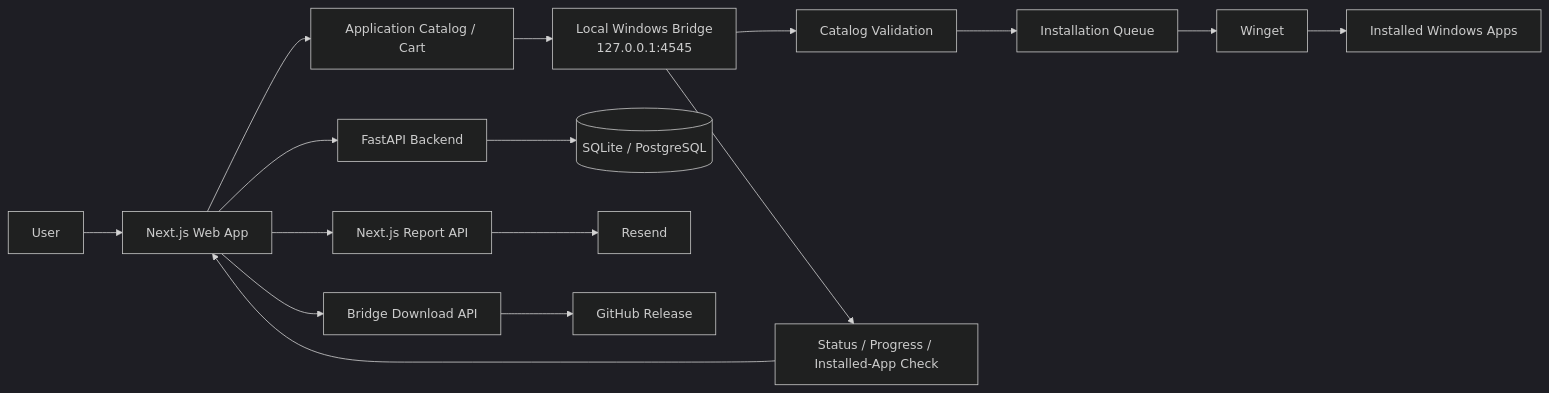
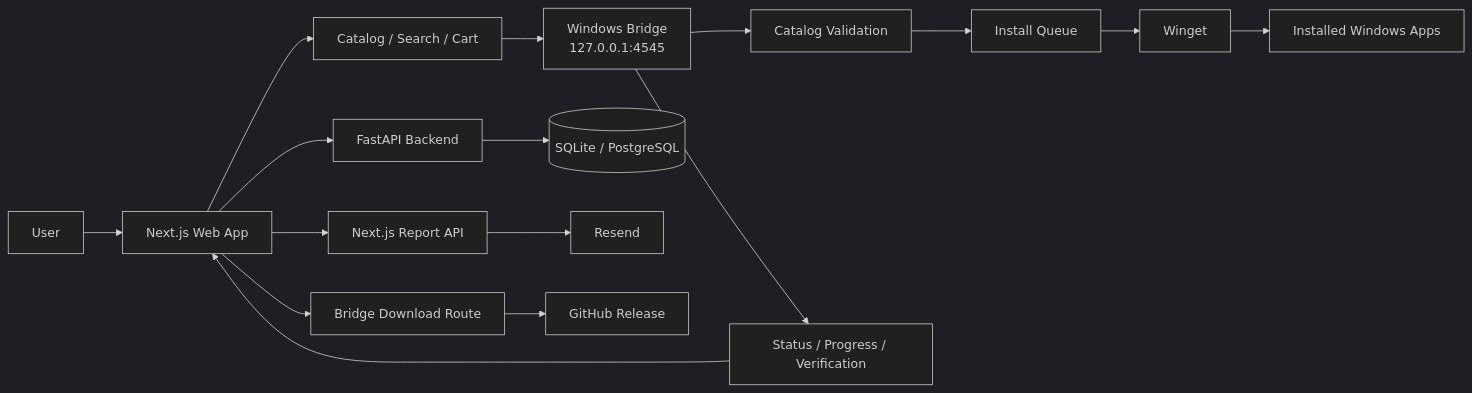
One commit to akilan-27/BulkStoreInstaller changed the diagram in README.md. Above: the diagram before and after it, drawn with Mermaid (dark theme). The commit also changed other lines of this file, not shown here.

````diff
--- a/README.md
+++ b/README.md
@@ -199,24 +168,24 @@
 ```mermaid
 flowchart LR
-    U[User] --> W[Next.js Web App]
+    U[User] --> WEB[Next.js Web App]
 
-    W --> C[Application Catalog / Cart]
-    C --> B[Local Windows Bridge<br/>127.0.0.1:4545]
+    WEB --> CAT[Catalog / Search / Cart]
+    CAT --> BRIDGE[Windows Bridge<br/>127.0.0.1:4545]
 
-    B --> V[Catalog Validation]
-    V --> Q[Installation Queue]
-    Q --> G[Winget]
-    G --> A[Installed Windows Apps]
+    BRIDGE --> VALIDATE[Catalog Validation]
+    VALIDATE --> QUEUE[Install Queue]
+    QUEUE --> WINGET[Winget]
+    WINGET --> APPS[Installed Windows Apps]
 
-    B --> S[Status / Progress / Installed-App Check]
-    S --> W
+    BRIDGE --> STATUS[Status / Progress / Verification]
+    STATUS --> WEB
 
-    W --> API[FastAPI Backend]
+    WEB --> API[FastAPI Backend]
     API --> DB[(SQLite / PostgreSQL)]
 
-    W --> R[Next.js Report API]
-    R --> E[Resend]
+    WEB --> REPORT[Next.js Report API]
+    REPORT --> RESEND[Resend]
 
-    W --> D[Bridge Download API]
-    D --> GH[GitHub Release]
+    WEB --> DOWNLOAD[Bridge Download Route]
+    DOWNLOAD --> RELEASE[GitHub Release]
 ```
````
